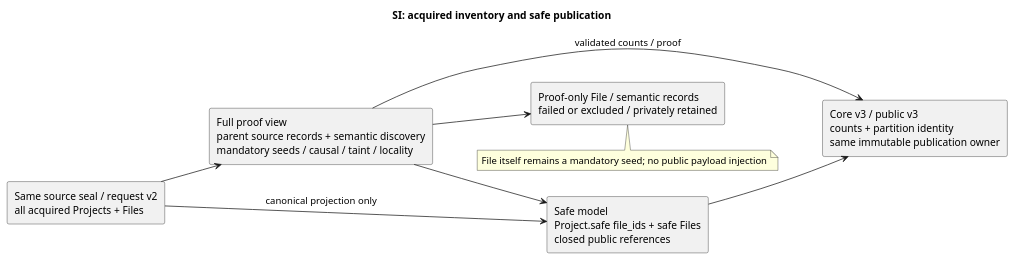
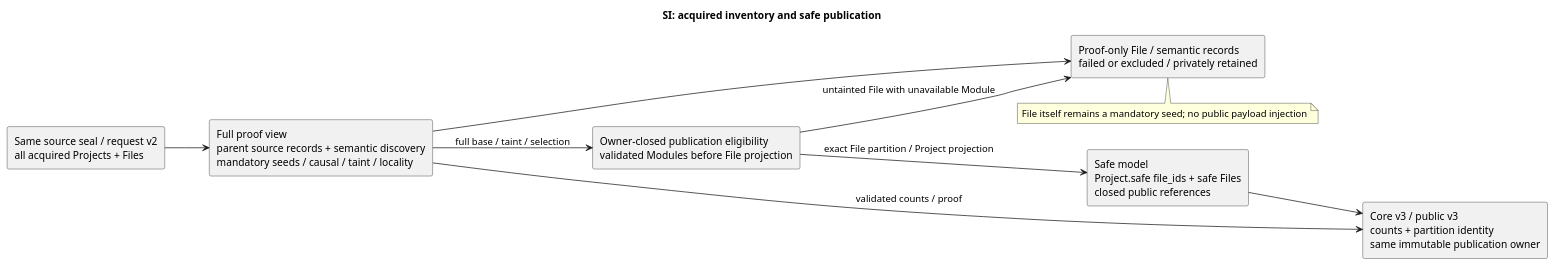
One commit to chemitaro/code-structure-viz changed the second of 7 diagrams in spec-dock/initiatives/init-00001-code-structure-visualization/epics/epic-00002-safe-git-structure-comparison/issues/iss-00008-generate-nextjs-component-snapshots/design.md. Above: the diagram before and after it, drawn with PlantUML. The commit also changed other lines of this file and 8 other files, not shown here.

First line of the commit message:
docs: owner-closed File/Module公開条件を仕様へ反映

````diff
--- a/spec-dock/initiatives/init-00001-code-structure-visualization/epics/epic-00002-safe-git-structure-comparison/issues/iss-00008-generate-nextjs-component-snapshots/design.md
+++ b/spec-dock/initiatives/init-00001-code-structure-visualization/epics/epic-00002-safe-git-structure-comparison/issues/iss-00008-generate-nextjs-component-snapshots/design.md
@@ -147,18 +151,20 @@
 ```plantuml
 @startuml
 title SI: acquired inventory and safe publication
 left to right direction
 rectangle "Same source seal / request v2\nall acquired Projects + Files" as S
 rectangle "Full proof view\nparent source records + semantic discovery\nmandatory seeds / causal / taint / locality" as F
+rectangle "Owner-closed publication eligibility\nvalidated Modules before File projection" as E
 rectangle "Proof-only File / semantic records\nfailed or excluded / privately retained" as X
 rectangle "Safe model\nProject.safe file_ids + safe Files\nclosed public references" as M
 rectangle "Core v3 / public v3\ncounts + partition identity\nsame immutable publication owner" as P
 S --> F
 F --> X
-F --> M
-S --> M : canonical projection only
+F --> E : full base / taint / selection
+E --> M : exact File partition / Project projection
+E --> X : untainted File with unavailable Module
 M --> P
 F --> P : validated counts / proof
 note bottom of X : File itself remains a mandatory seed; no public payload injection
 @enduml
 ```
````
